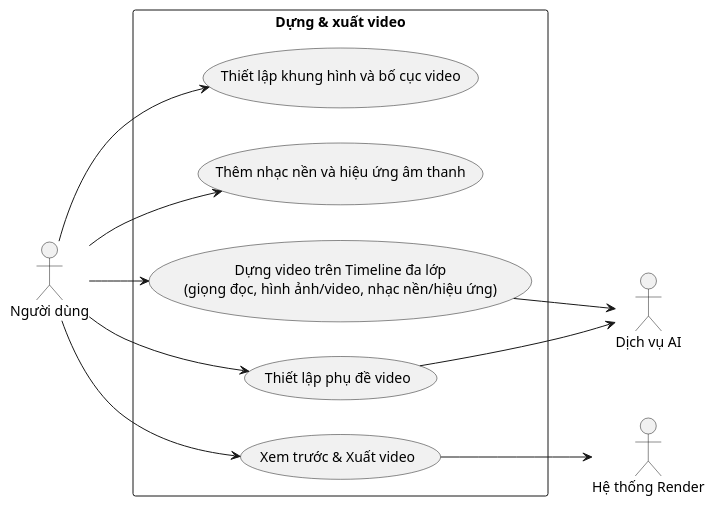
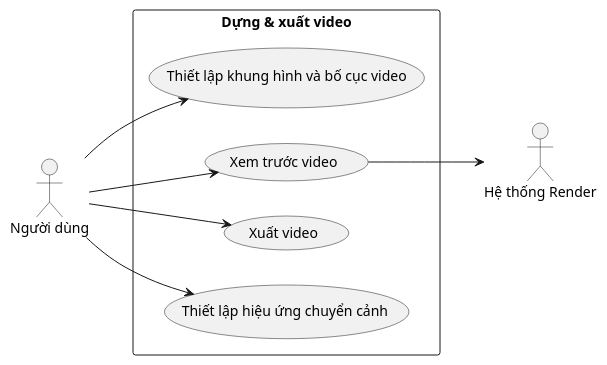
The diagram in docs/bieu-do-uc/bieu-do-uc-chi-tiet/make/dung-va-xuat-video.puml (202416852-anhpv/story2video-docs), drawn with PlantUML before and after one commit. The commit also changed 9 other files, not shown here.

```diff
--- a/docs/bieu-do-uc/bieu-do-uc-chi-tiet/make/dung-va-xuat-video.puml
+++ b/docs/bieu-do-uc/bieu-do-uc-chi-tiet/make/dung-va-xuat-video.puml
@@ -1,26 +1,21 @@
 @startuml dung-va-xuat-video
 left to right direction
 
 actor "Người dùng" as User
-actor "Dịch vụ AI" as AI_Service
 actor "Hệ thống Render" as Render_Service
 
 rectangle "Dựng & xuất video" {
     usecase "Thiết lập khung hình và bố cục video" as UC_01
-    usecase "Thêm nhạc nền và hiệu ứng âm thanh" as UC_02
-    usecase "Dựng video trên Timeline đa lớp\n(giọng đọc, hình ảnh/video, nhạc nền/hiệu ứng)" as UC_04
-    usecase "Thiết lập phụ đề video" as UC_05
-    usecase "Xem trước & Xuất video" as UC_06
+    usecase "Xem trước video" as UC_02
+    usecase "Xuất video" as UC_03
+    usecase "Thiết lập hiệu ứng chuyển cảnh" as UC_04
 }
 
 User --> UC_01
 User --> UC_02
+User --> UC_03
 User --> UC_04
-User --> UC_05
-User --> UC_06
 
-UC_04 --> AI_Service
-UC_05 --> AI_Service
-UC_06 --> Render_Service
+UC_02 --> Render_Service
 
 @enduml
```
